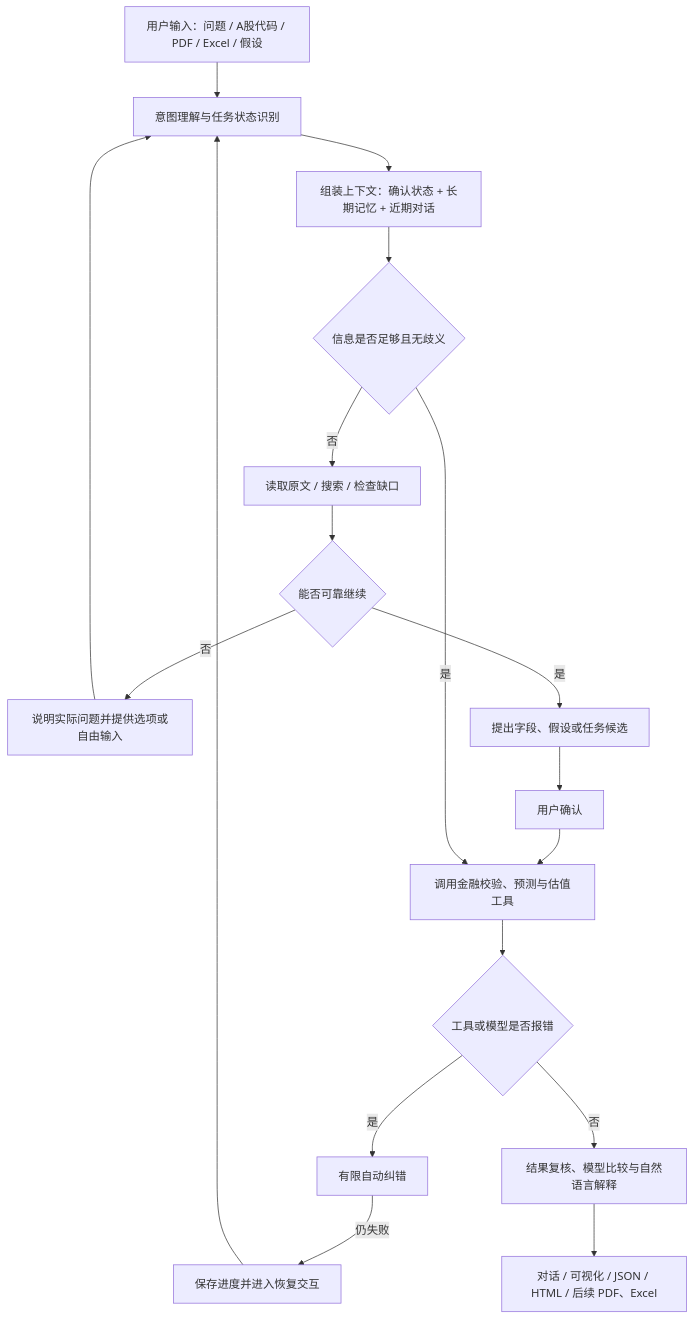
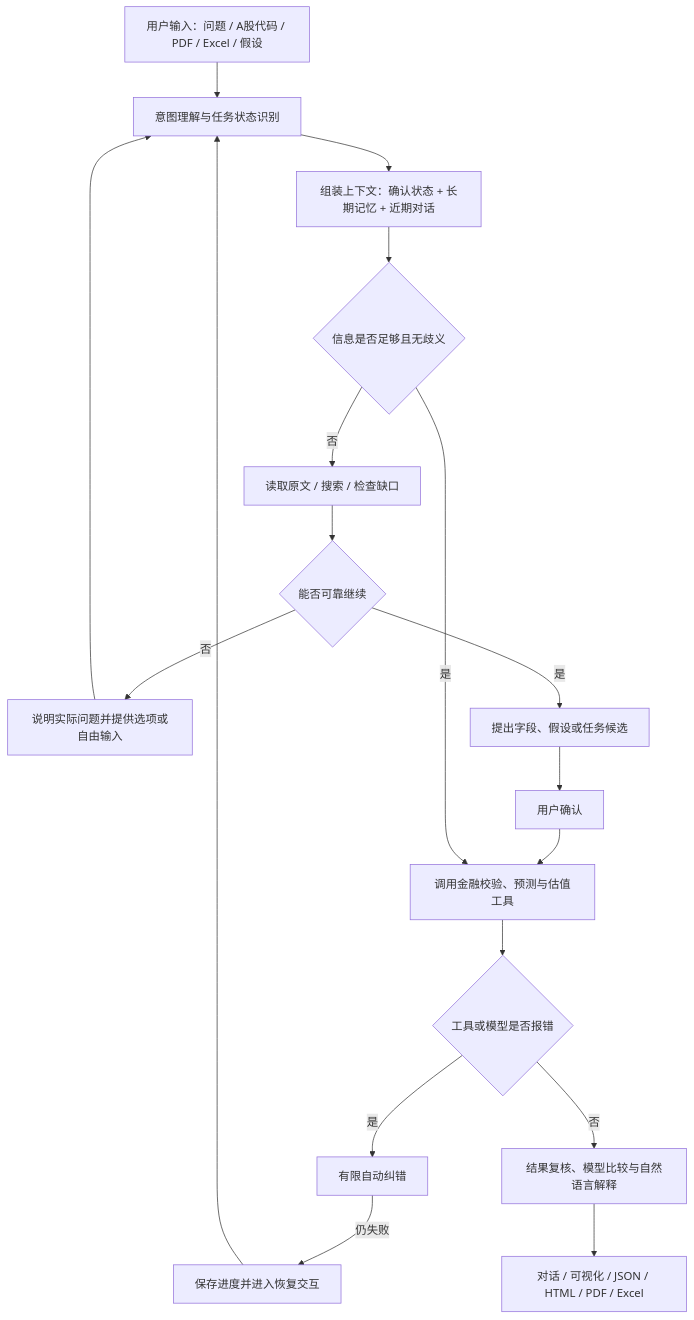
One commit to boyiwei007-afk/ValuationAnalyst changed the diagram in docs/ValuationAgent_Agent工作机制与流程.md. Above: the diagram before and after it, drawn with Mermaid. The commit also changed other lines of this file and 56 other files, not shown here.

````diff
--- a/docs/ValuationAgent_Agent工作机制与流程.md
+++ b/docs/ValuationAgent_Agent工作机制与流程.md
@@ -22,20 +22,20 @@
 ```mermaid
 flowchart TD
     A[用户输入：问题 / A股代码 / PDF / Excel / 假设] --> B[意图理解与任务状态识别]
     B --> C[组装上下文：确认状态 + 长期记忆 + 近期对话]
     C --> D{信息是否足够且无歧义}
     D -->|否| E[读取原文 / 搜索 / 检查缺口]
     E --> F{能否可靠继续}
     F -->|否| G[说明实际问题并提供选项或自由输入]
     G --> B
     F -->|是| H[提出字段、假设或任务候选]
     H --> I[用户确认]
     I --> J[调用金融校验、预测与估值工具]
     D -->|是| J
     J --> K{工具或模型是否报错}
     K -->|是| L[有限自动纠错]
     L -->|仍失败| M[保存进度并进入恢复交互]
     M --> B
     K -->|否| N[结果复核、模型比较与自然语言解释]
-    N --> O[对话 / 可视化 / JSON / HTML / 后续 PDF、Excel]
+    N --> O[对话 / 可视化 / JSON / HTML / PDF / Excel]
 ```
````
